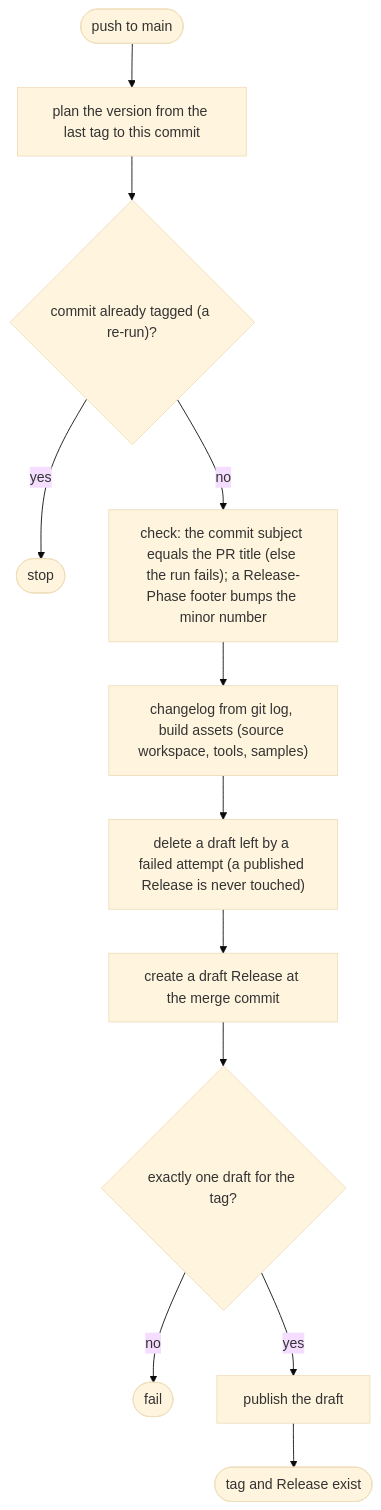
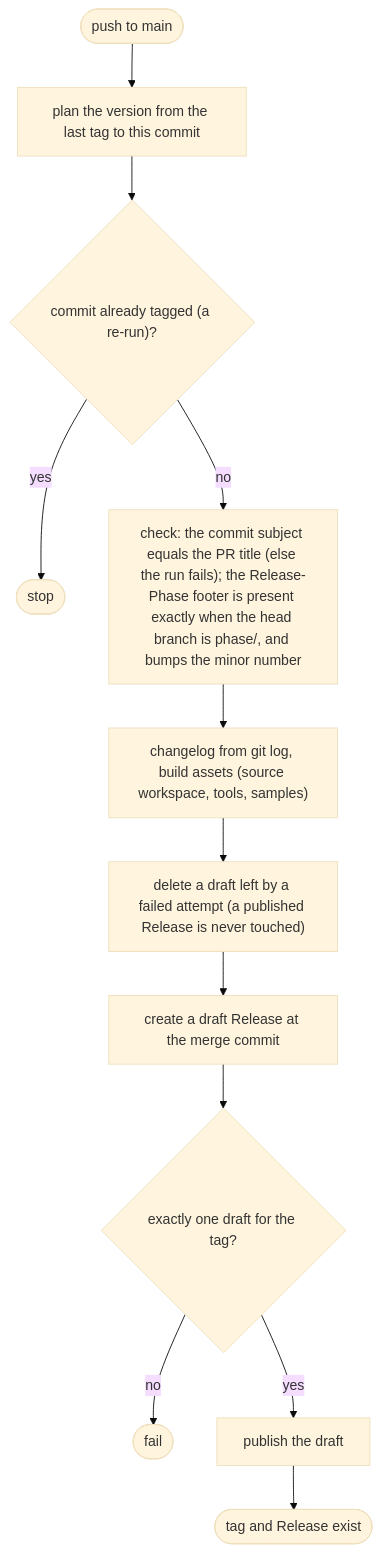
Before and after one commit to giamat90/DuckEngine: the sixth of 7 diagrams in wiki/workflow/ci-diagrams.md, drawn with Mermaid (base theme). The commit also changed 11 other files, not shown here.

Commit message:
ci(workflow): enforce the Release-Phase footer and trust main for phase PR checks (1-40) (#76)

````diff
--- a/wiki/workflow/ci-diagrams.md
+++ b/wiki/workflow/ci-diagrams.md
@@ -171,14 +171,14 @@
 ```mermaid
 flowchart TB
   p(["push to main"]) --> plan["plan the version from the last tag to this commit"]
   plan --> skip{"commit already tagged (a re-run)?"}
   skip -- "yes" --> end1(["stop"])
-  skip -- "no" --> sq["check: the commit subject equals the PR title (else the run fails); a Release-Phase footer bumps the minor number"]
+  skip -- "no" --> sq["check: the commit subject equals the PR title (else the run fails); the Release-Phase footer is present exactly when the head branch is phase/<n>, and bumps the minor number"]
   sq --> mk["changelog from git log, build assets (source workspace, tools, samples)"]
   mk --> old["delete a draft left by a failed attempt (a published Release is never touched)"]
   old --> dr["create a draft Release at the merge commit"]
   dr --> one{"exactly one draft for the tag?"}
   one -- "no" --> fail(["fail"])
   one -- "yes" --> pub["publish the draft"]
   pub --> end2(["tag and Release exist"])
 ```
````
